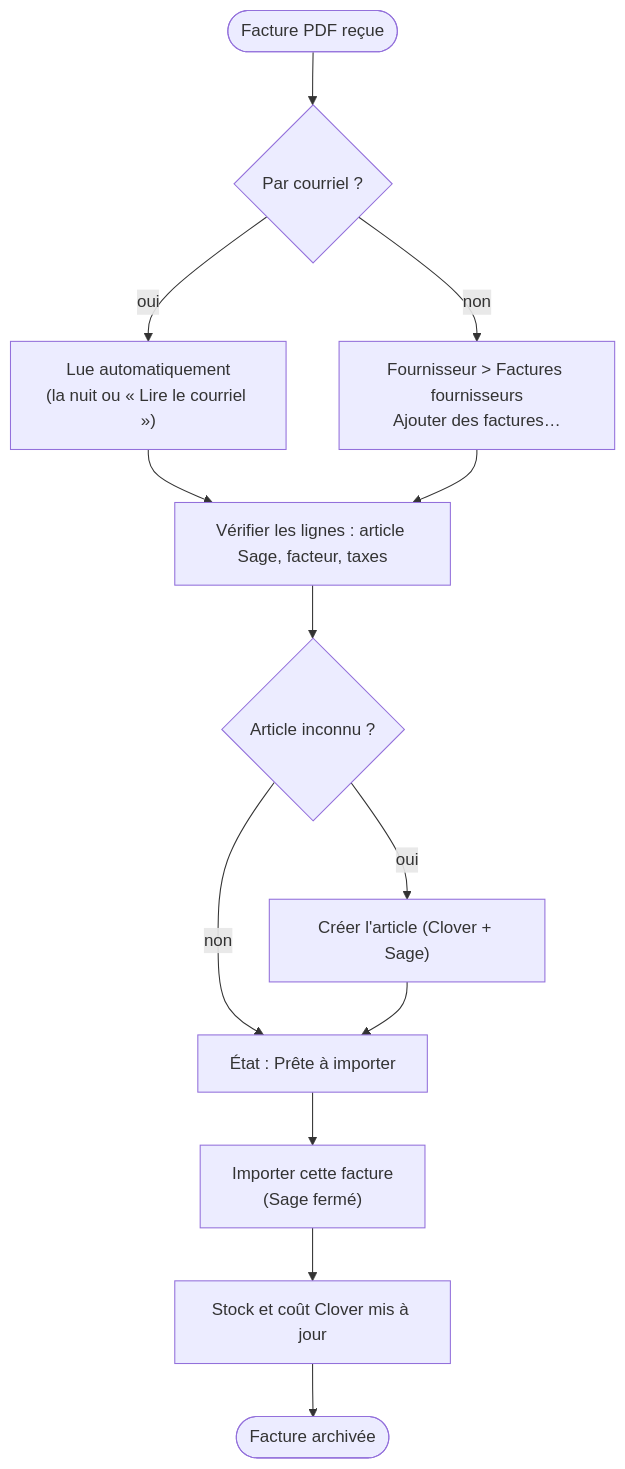
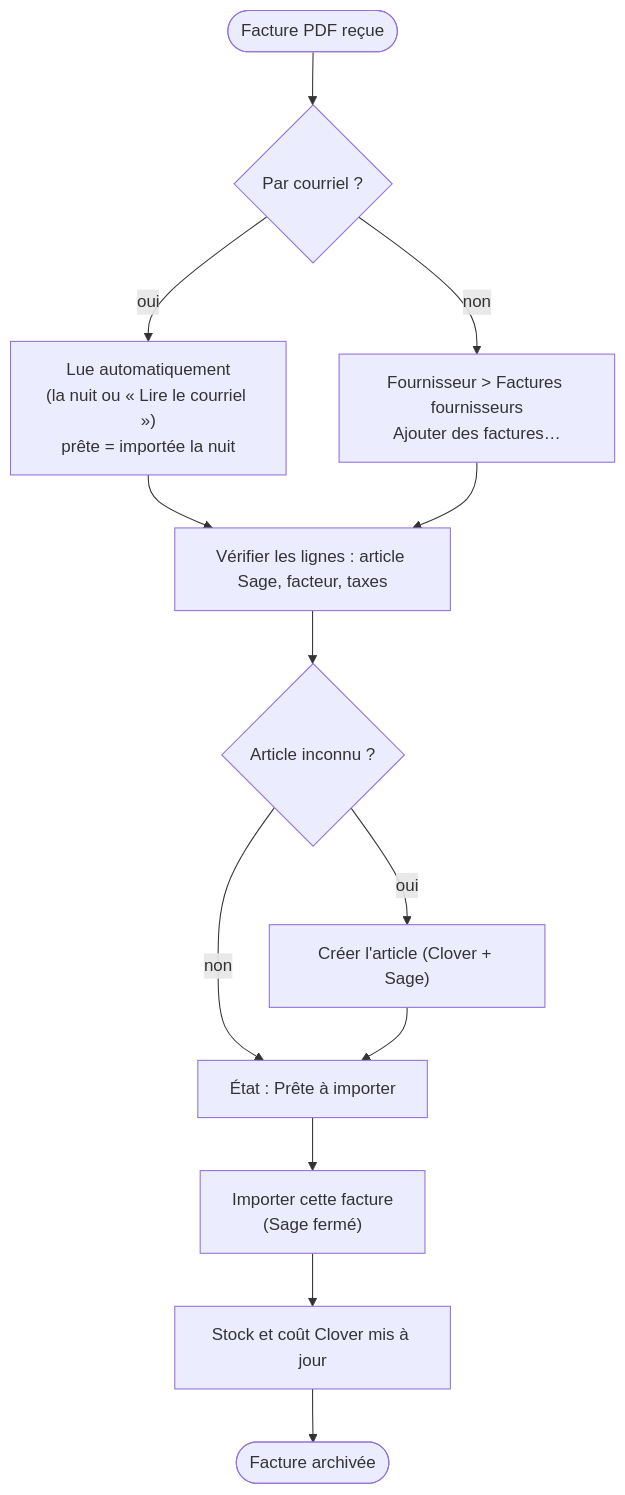
The third of 13 diagrams in documentation/WORKFLOWS.md (mteingueng-dot/MVOGMBI_Sync_2026.1), drawn with Mermaid before and after one commit. The commit also changed other lines of this file and 27 other files, not shown here.

````diff
--- a/documentation/WORKFLOWS.md
+++ b/documentation/WORKFLOWS.md
@@ -45,15 +46,15 @@
 ```mermaid
 flowchart TD
     A([Facture PDF reçue]) --> B{"Par courriel ?"}
-    B -- oui --> C["Lue automatiquement<br/>(la nuit ou « Lire le courriel »)"]
+    B -- oui --> C["Lue automatiquement<br/>(la nuit ou « Lire le courriel »)<br/>prête = importée la nuit"]
     B -- non --> D["Fournisseur > Factures fournisseurs<br/>Ajouter des factures…"]
     C --> E["Vérifier les lignes : article Sage, facteur, taxes"]
     D --> E
     E --> F{"Article inconnu ?"}
     F -- oui --> G["Créer l'article (Clover + Sage)"]
     F -- non --> H["État : Prête à importer"]
     G --> H
     H --> I["Importer cette facture<br/>(Sage fermé)"]
     I --> J["Stock et coût Clover mis à jour"]
     J --> K([Facture archivée])
 ```
````
